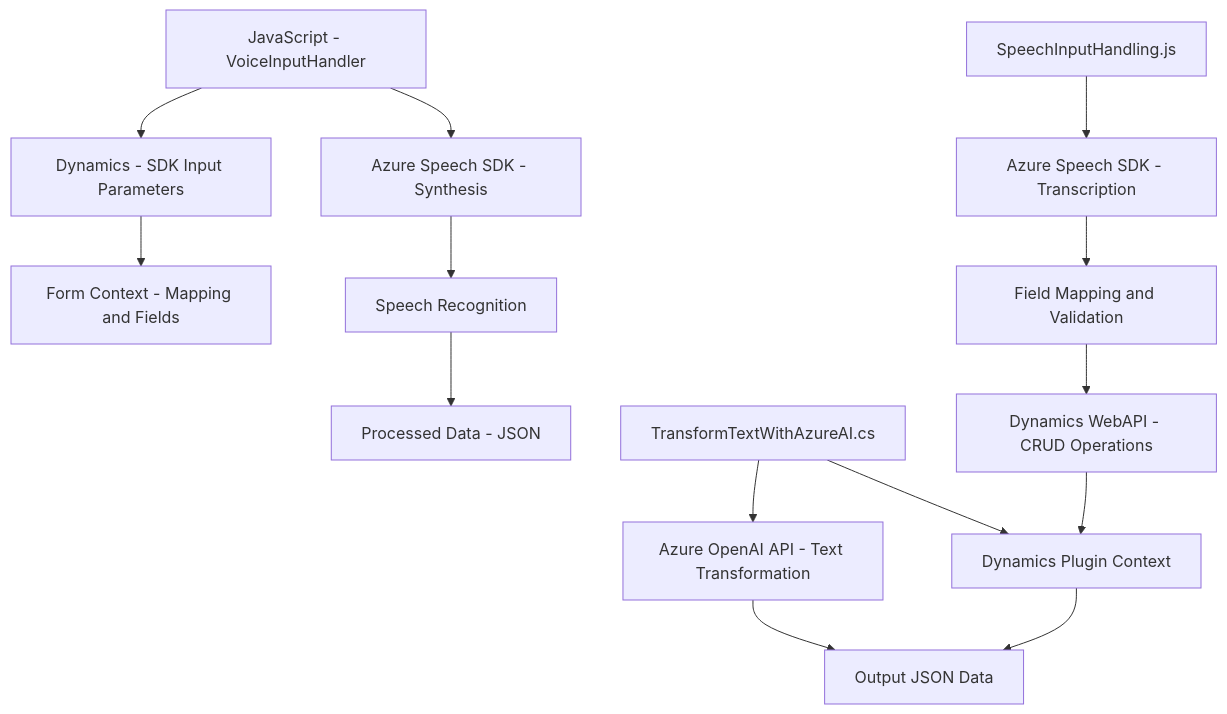
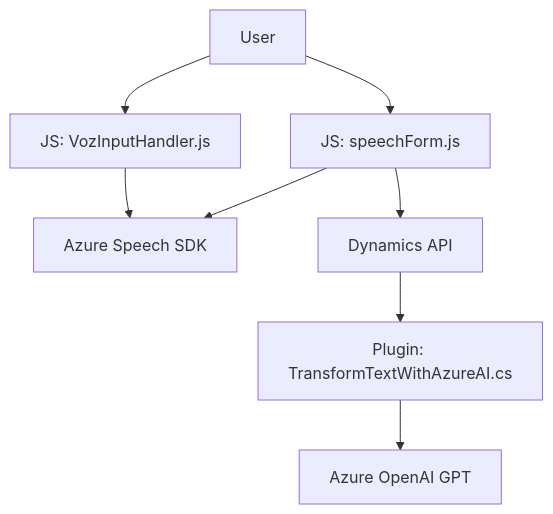
Before and after one commit to blopezdm/NETCORE_BILBAO2025: the diagram in README.md, drawn with Mermaid. The commit also changed other lines of this file, not shown here.

````diff
--- a/README.md
+++ b/README.md
@@ -45,18 +50,10 @@
 ```mermaid
 graph TD
-    A["JavaScript - VoiceInputHandler"] --> B["Azure Speech SDK - Synthesis"]
-    A --> C["Dynamics - SDK Input Parameters"]
-    C --> D["Form Context - Mapping and Fields"]
-    B --> E["Speech Recognition"]
-    E --> F["Processed Data - JSON"]
-
-    G["SpeechInputHandling.js"] --> H["Azure Speech SDK - Transcription"]
-    H --> I["Field Mapping and Validation"]
-    I --> J["Dynamics WebAPI - CRUD Operations"]
-
-    K["TransformTextWithAzureAI.cs"] --> L["Dynamics Plugin Context"]
-    K --> M["Azure OpenAI API - Text Transformation"]
-    M --> N["Output JSON Data"]
-    L --> N
-    J --> L
+A["User"] --> B["JS: VozInputHandler.js"]
+A["User"] --> C["JS: speechForm.js"]
+B --> D["Azure Speech SDK"]
+C --> D["Azure Speech SDK"]
+C --> E["Dynamics API"]
+E --> F["Plugin: TransformTextWithAzureAI.cs"]
+F --> G["Azure OpenAI GPT"]
 ```
````
